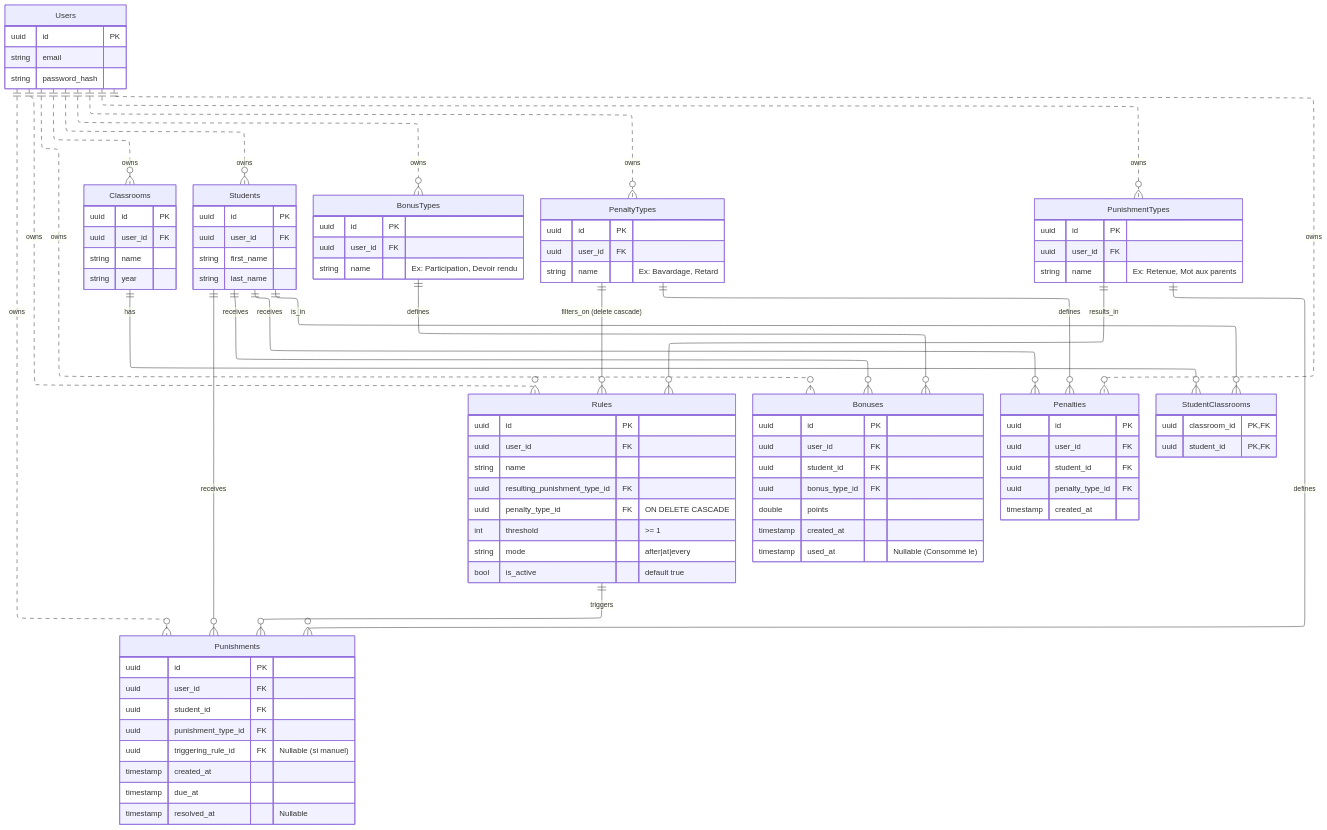
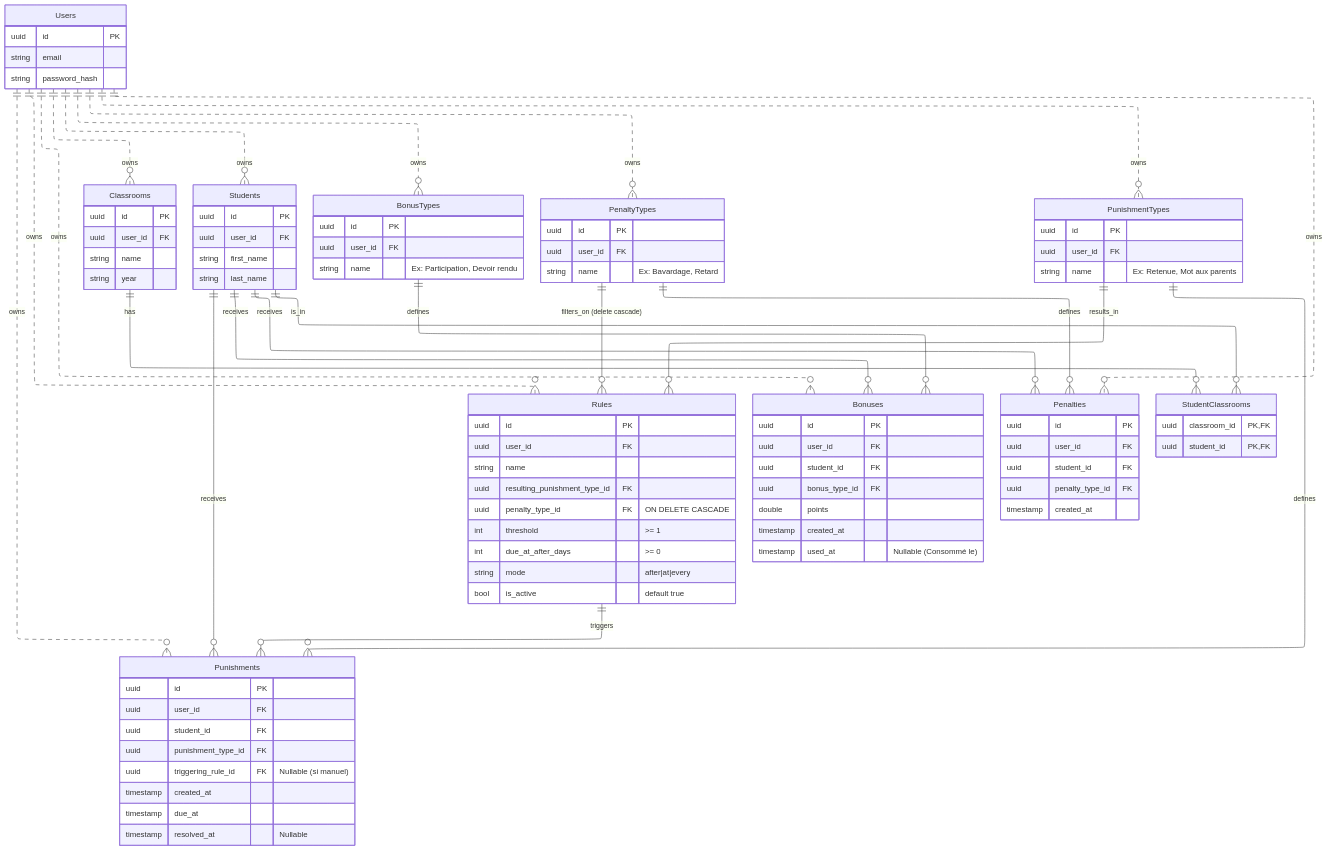
One commit to Mageas/the-punisher-backend-go changed the diagram in docs/projet.md. Above: the diagram before and after it, drawn with Mermaid. The commit also changed other lines of this file and 20 other files, not shown here.

```diff
--- a/docs/projet.md
+++ b/docs/projet.md
@@ -81,6 +81,7 @@
         uuid resulting_punishment_type_id FK ""
         uuid penalty_type_id FK "ON DELETE CASCADE"
         int threshold ">= 1"
+        int due_at_after_days ">= 0"
         string mode "after|at|every"
         bool is_active "default true"
     }
```
